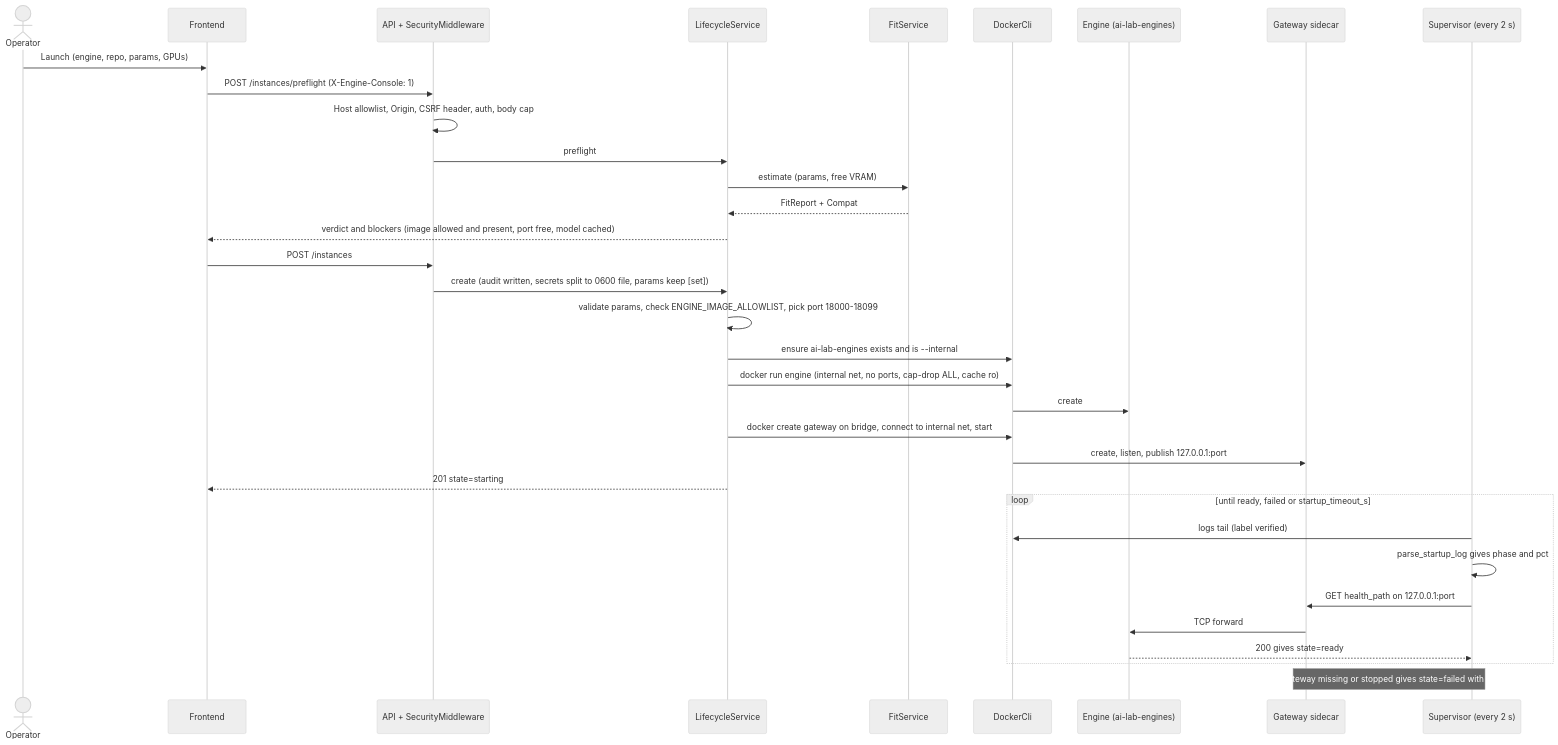
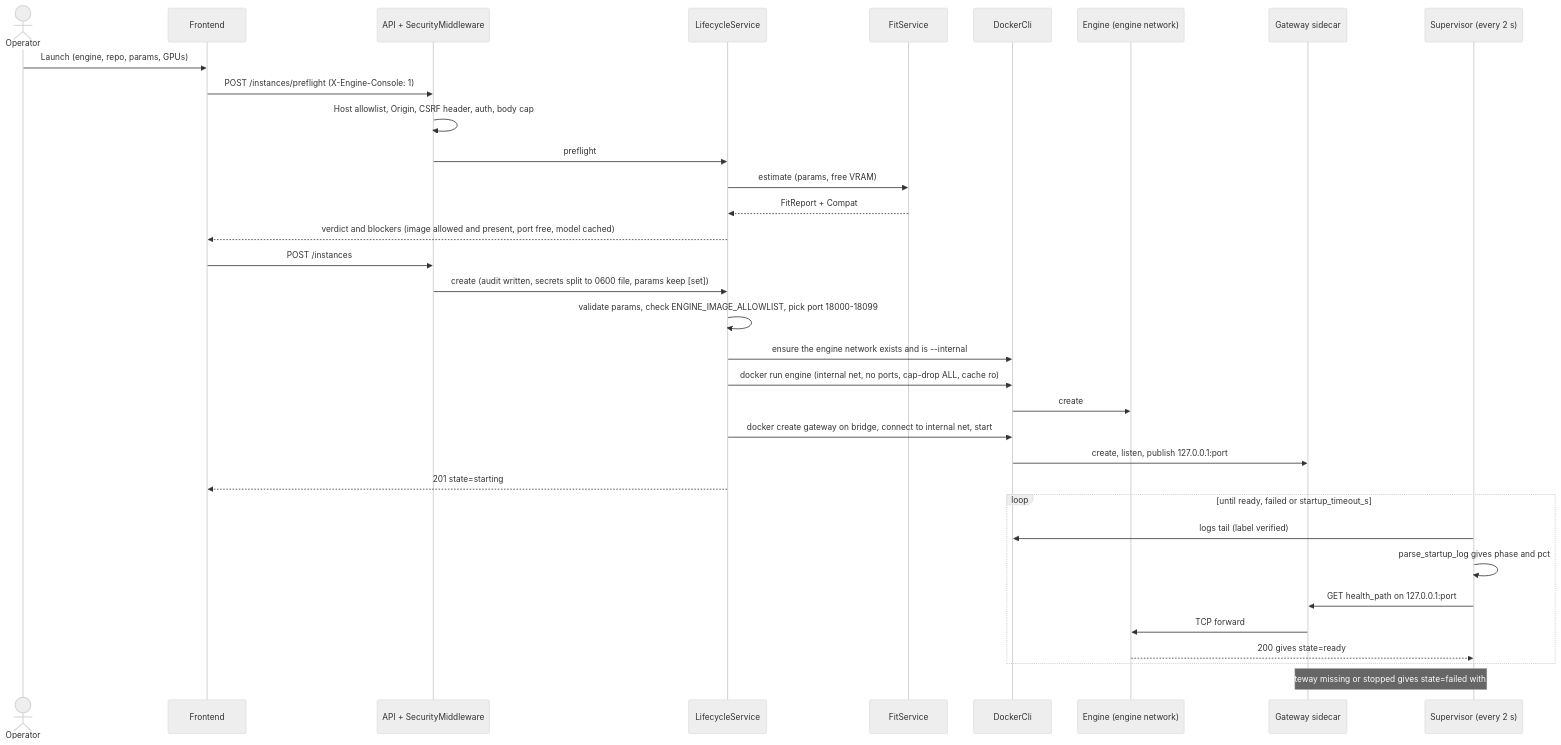
Before and after one commit to willboyden/engine-console: the diagram in docs/diagrams/sequence-engine-start.md, drawn with Mermaid (neutral theme). The commit also changed 71 other files, not shown here.

````diff
--- a/docs/diagrams/sequence-engine-start.md
+++ b/docs/diagrams/sequence-engine-start.md
@@ -3,36 +3,36 @@
 ```mermaid
 sequenceDiagram
   actor Op as Operator
   participant UI as Frontend
   participant API as API + SecurityMiddleware
   participant LC as LifecycleService
   participant FIT as FitService
   participant DK as DockerCli
-  participant ENG as Engine (ai-lab-engines)
+  participant ENG as Engine (engine network)
   participant GW as Gateway sidecar
   participant SUP as Supervisor (every 2 s)
   Op->>UI: Launch (engine, repo, params, GPUs)
   UI->>API: POST /instances/preflight (X-Engine-Console: 1)
   API->>API: Host allowlist, Origin, CSRF header, auth, body cap
   API->>LC: preflight
   LC->>FIT: estimate (params, free VRAM)
   FIT-->>LC: FitReport + Compat
   LC-->>UI: verdict and blockers (image allowed and present, port free, model cached)
   UI->>API: POST /instances
   API->>LC: create (audit written, secrets split to 0600 file, params keep [set])
   LC->>LC: validate params, check ENGINE_IMAGE_ALLOWLIST, pick port 18000-18099
-  LC->>DK: ensure ai-lab-engines exists and is --internal
+  LC->>DK: ensure the engine network exists and is --internal
   LC->>DK: docker run engine (internal net, no ports, cap-drop ALL, cache ro)
   DK->>ENG: create
   LC->>DK: docker create gateway on bridge, connect to internal net, start
   DK->>GW: create, listen, publish 127.0.0.1:port
   LC-->>UI: 201 state=starting
   loop until ready, failed or startup_timeout_s
     SUP->>DK: logs tail (label verified)
     SUP->>SUP: parse_startup_log gives phase and pct
     SUP->>GW: GET health_path on 127.0.0.1:port
     GW->>ENG: TCP forward
     ENG-->>SUP: 200 gives state=ready
   end
   Note over SUP,GW: engine or gateway missing or stopped gives state=failed with last log lines
 ```
````
